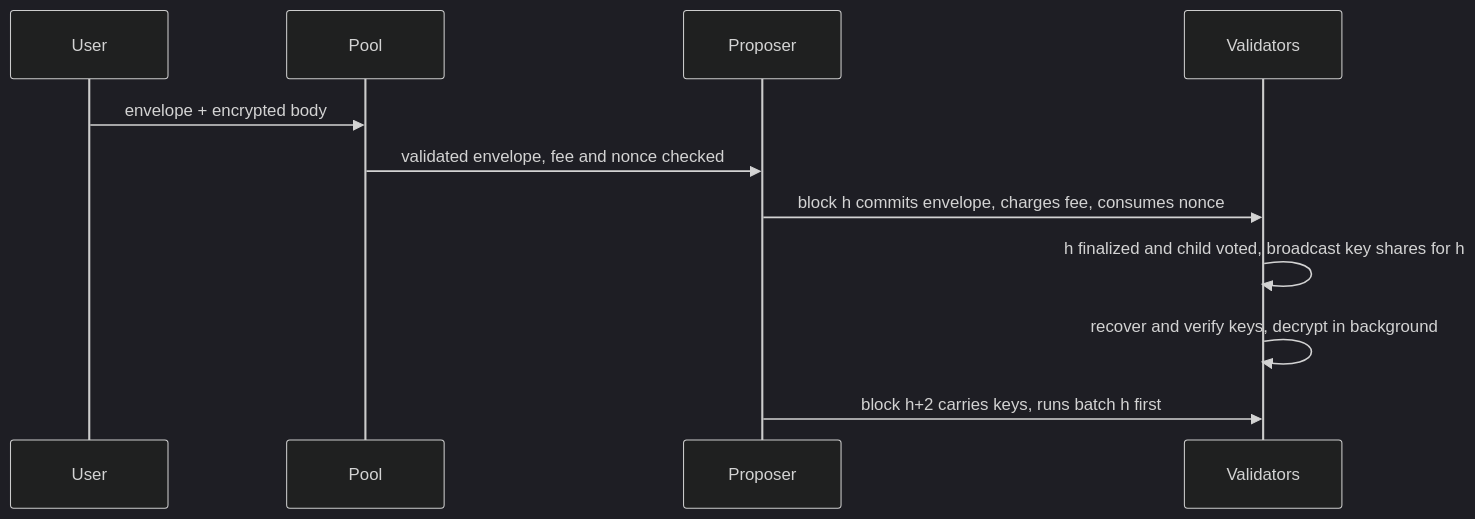
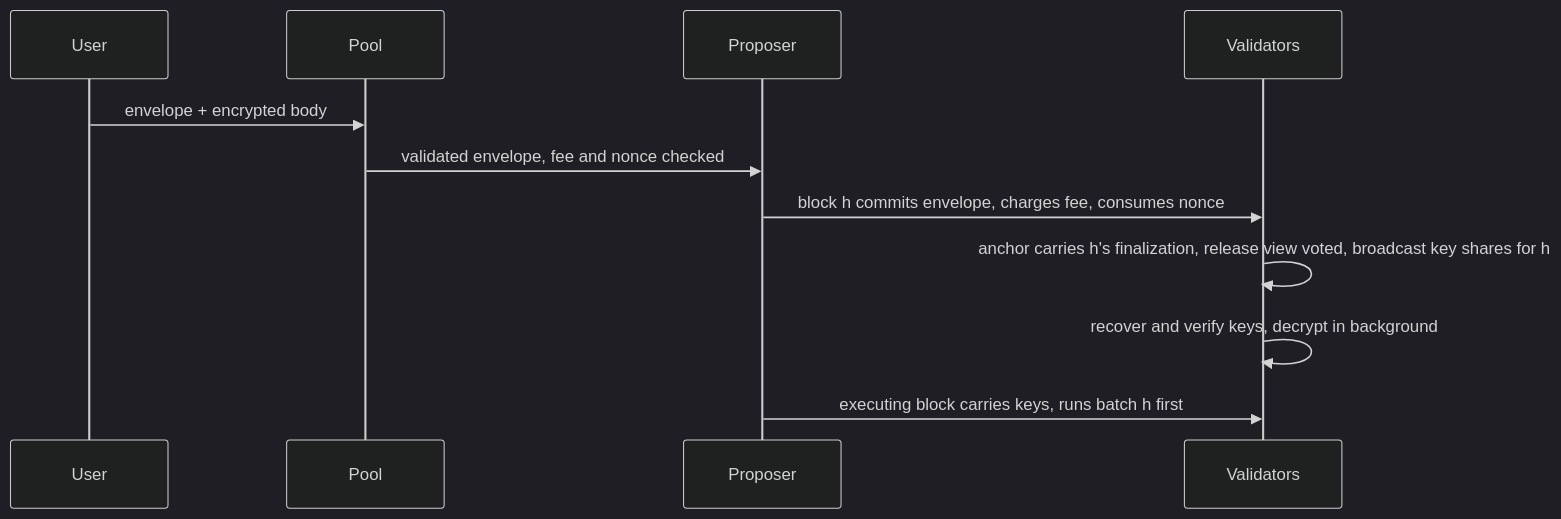
Before and after one commit to tempoxyz/tempo: the diagram in tips/tip-1162.md, drawn with Mermaid (dark theme). The commit also changed other lines of this file, not shown here.

Commit message:
docs(tip-1162): anchor key release to certificates carried on chain

````diff
--- a/tips/tip-1162.md
+++ b/tips/tip-1162.md
@@ -44,13 +44,13 @@
 ```mermaid
 sequenceDiagram
     participant User
     participant Pool
     participant Proposer
     participant Validators
     User->>Pool: envelope + encrypted body
     Pool->>Proposer: validated envelope, fee and nonce checked
     Proposer->>Validators: block h commits envelope, charges fee, consumes nonce
-    Validators->>Validators: h finalized and child voted, broadcast key shares for h
+    Validators->>Validators: anchor carries h's finalization, release view voted, broadcast key shares for h
     Validators->>Validators: recover and verify keys, decrypt in background
-    Proposer->>Validators: block h+2 carries keys, runs batch h first
+    Proposer->>Validators: executing block carries keys, runs batch h first
 ```
````
